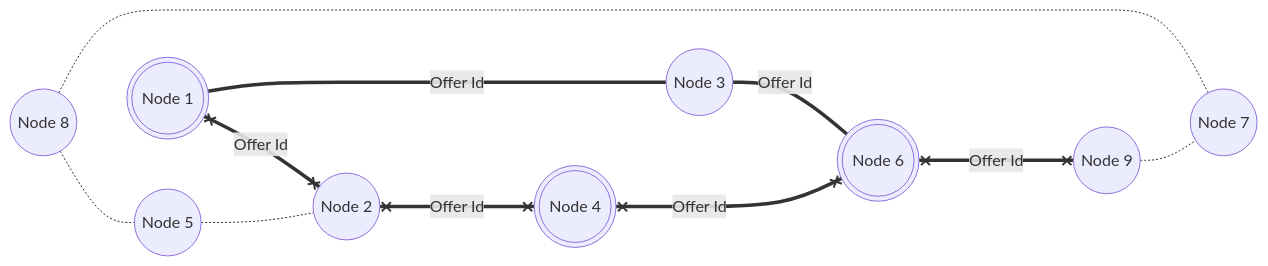
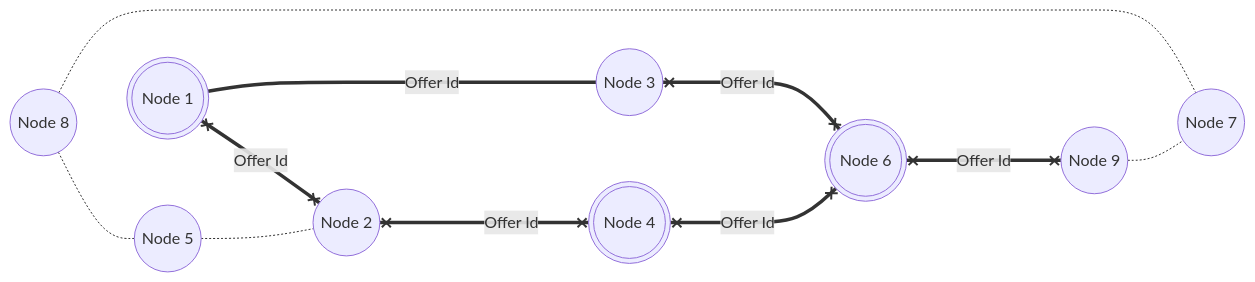
Before and after one commit to golemfactory/golem-architecture: the eighth of 10 diagrams in arch-snapshot/arch.md, drawn with Mermaid. The commit also changed other lines of this file, not shown here.

Commit message:
Improve broadcasting mermaids descriptions

````diff
--- a/arch-snapshot/arch.md
+++ b/arch-snapshot/arch.md
@@ -669,23 +706,23 @@
 ```mermaid
 flowchart LR
   Node1(((Node 1)))
   Node2((Node 2))
   Node3((Node 3))
   Node4(((Node 4)))
   Node5((Node 5))
   Node6(((Node 6)))
   Node7((Node 7))
   Node8((Node 8))
   Node9((Node 9))
   
   Node1 x==x |Offer Id| Node2
   Node1 === |Offer Id| Node3
   Node2 x===x |Offer Id| Node4
-  Node3 === |Offer Id| Node6
+  Node3 x===x |Offer Id| Node6
   Node4 x===x |Offer Id| Node6
   Node5 -.- Node2
   Node6 x===x |Offer Id| Node9
   Node8 -.- Node7
   Node8 -.- Node5
   Node9 -.- Node7
 ```
````
